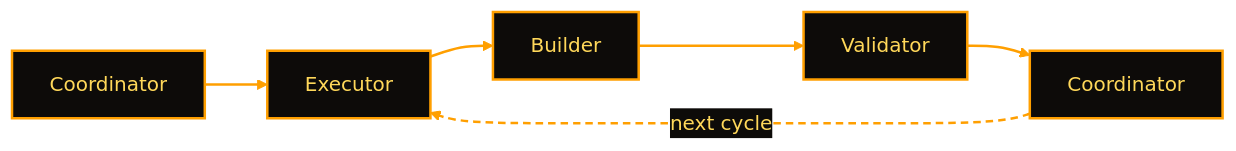
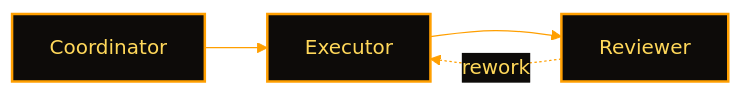
The first of 3 diagrams in AGENTS.md (servatusprime/ai_ops), drawn with Mermaid before and after one commit. The commit also changed other lines of this file and 82 other files, not shown here.

````diff
--- a/AGENTS.md
+++ b/AGENTS.md
@@ -411,37 +438,31 @@
 ```mermaid
 %%{init: {
   "theme": "base",
   "themeVariables": {
     "darkMode": true,
     "background": "#111111",
     "primaryColor": "#0d0b09",
     "primaryTextColor": "#FFD85A",
     "primaryBorderColor": "#FF9F00",
     "lineColor": "#FF9F00",
     "textColor": "#FFD85A",
     "mainBkg": "#0d0b09",
     "clusterBkg": "#12110f",
     "clusterBorder": "#8A4F00",
     "titleColor": "#FFE680",
     "edgeLabelBackground": "#0d0b09"
   },
   "themeCSS": ".edgeLabel rect, .labelBkg { fill: #0d0b09 !important; } .edgeLabel text, .edgeLabel span { fill: #FFD85A !important; color: #FFD85A !important; }"
 }}%%
 
 flowchart LR
   CO[Coordinator]
   EX[Executor]
-  BL[Builder]
-  VA[Validator]
-  CO2[Coordinator]
-
-  CO --> EX --> BL --> VA --> CO2
-  CO2 -. next cycle .-> EX
+  RV[Reviewer]
+  CO --> EX --> RV
+  RV -. rework .-> EX
 
   classDef node fill:#0d0b09,stroke:#FF9F00,color:#FFD85A,stroke-width:2px
 
-  class CO,EX,BL,VA,CO2 node
-
-  linkStyle 0,1,2,3 stroke:#FF9F00,stroke-width:2px
-  linkStyle 4 stroke:#FF9F00,stroke-width:2px,stroke-dasharray:6 4
+  class CO,EX,RV node
 ```
````
